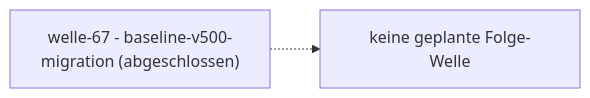
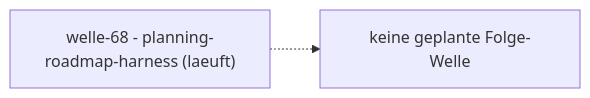
One commit to pt9912/d-check changed the diagram in docs/plan/planning/in-progress/roadmap.md. Above: the diagram before and after it, drawn with Mermaid. The commit also changed other lines of this file, not shown here.

First line of the commit message:
docs(plan): roadmap — restliche Abschnitte strikt ans Template (Zeiger wörtlich, d-check-Prosa raus) (slice-088)

````diff
--- a/docs/plan/planning/in-progress/roadmap.md
+++ b/docs/plan/planning/in-progress/roadmap.md
@@ -61,6 +53,6 @@
 ```mermaid
 flowchart LR
-    W67["welle-67 - baseline-v500-migration (abgeschlossen)"]
+    W68["welle-68 - planning-roadmap-harness (laeuft)"]
     N["keine geplante Folge-Welle"]
-    W67 -.-> N
+    W68 -.-> N
 ```
````
